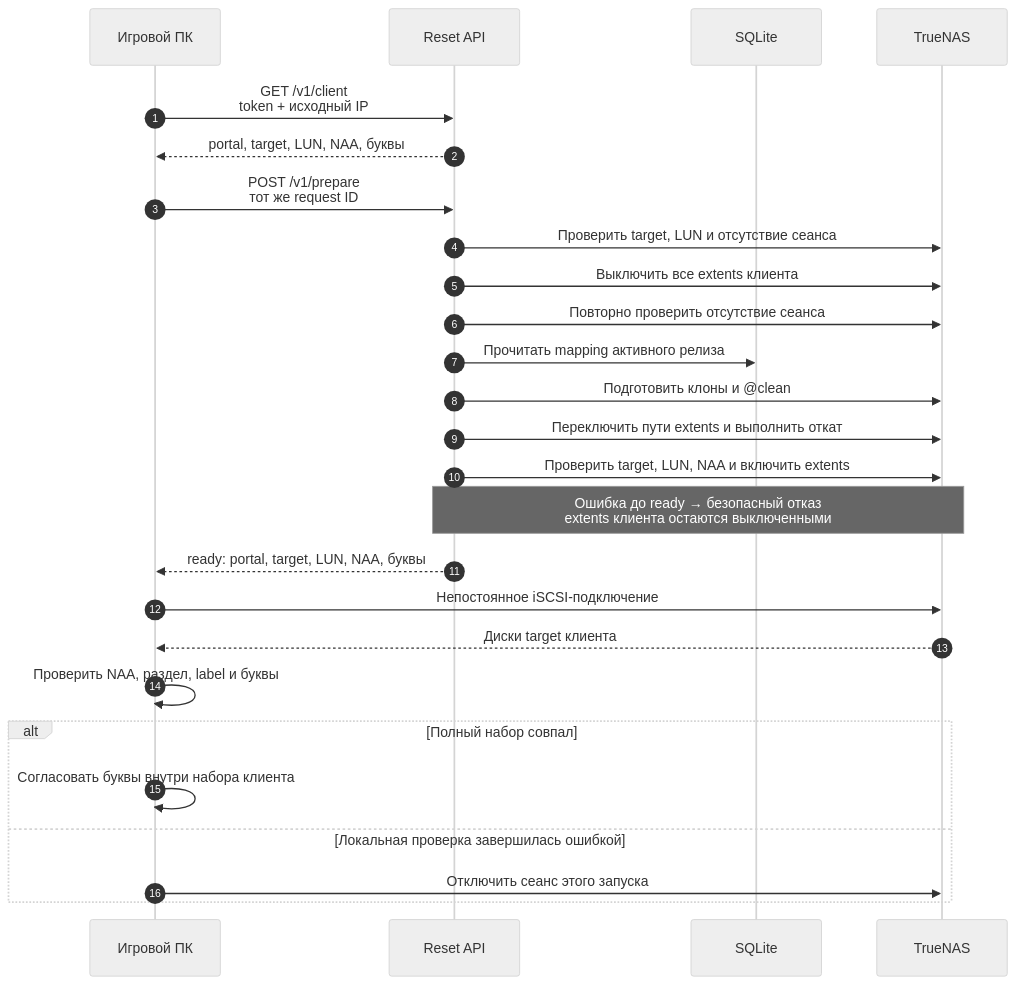
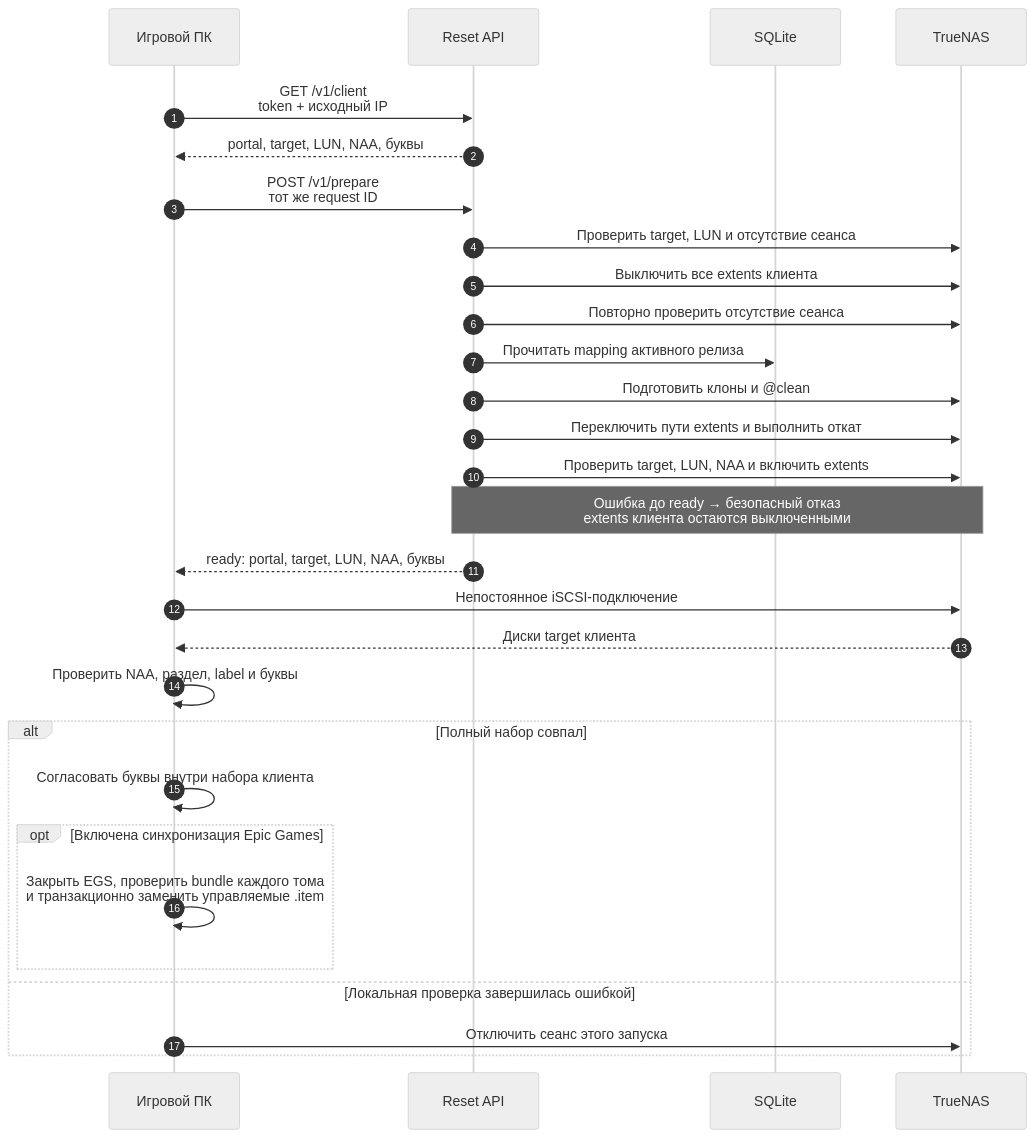
One commit to Xerz/iscsi-reset-service changed the fourth of 4 diagrams in README.md. Above: the diagram before and after it, drawn with Mermaid (neutral theme). The commit also changed other lines of this file and 11 other files, not shown here.

Commit message:
Add Epic Games manifest synchronization

````diff
--- a/README.md
+++ b/README.md
@@ -156,32 +156,35 @@
 ```mermaid
 sequenceDiagram
     autonumber
     participant PC as Игровой ПК
     participant Reset as Reset API
     participant DB as SQLite
     participant TN as TrueNAS
 
     PC->>Reset: GET /v1/client<br/>token + исходный IP
     Reset-->>PC: portal, target, LUN, NAA, буквы
     PC->>Reset: POST /v1/prepare<br/>тот же request ID
     Reset->>TN: Проверить target, LUN и отсутствие сеанса
     Reset->>TN: Выключить все extents клиента
     Reset->>TN: Повторно проверить отсутствие сеанса
     Reset->>DB: Прочитать mapping активного релиза
     Reset->>TN: Подготовить клоны и @clean
     Reset->>TN: Переключить пути extents и выполнить откат
     Reset->>TN: Проверить target, LUN, NAA и включить extents
 
     Note over Reset,TN: Ошибка до ready → безопасный отказ<br/>extents клиента остаются выключенными
 
     Reset-->>PC: ready: portal, target, LUN, NAA, буквы
     PC->>TN: Непостоянное iSCSI-подключение
     TN-->>PC: Диски target клиента
     PC->>PC: Проверить NAA, раздел, label и буквы
 
     alt Полный набор совпал
         PC->>PC: Согласовать буквы внутри набора клиента
+        opt Включена синхронизация Epic Games
+            PC->>PC: Закрыть EGS, проверить bundle каждого тома<br/>и транзакционно заменить управляемые .item
+        end
     else Локальная проверка завершилась ошибкой
         PC->>TN: Отключить сеанс этого запуска
     end
 ```
````
